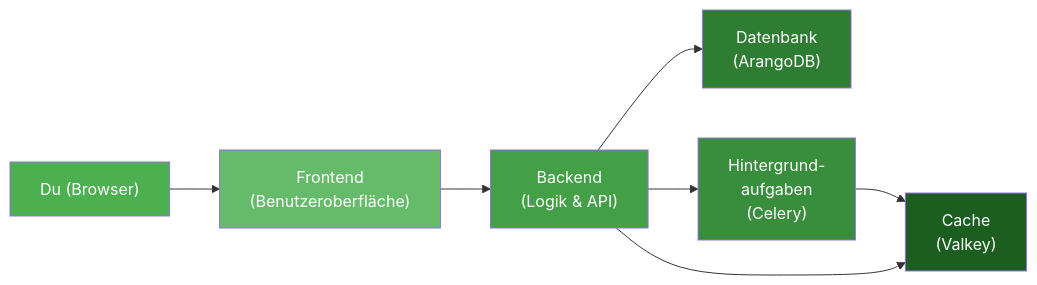
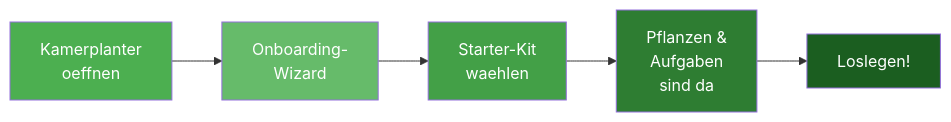
The diagram in docs/de/getting-started/index.md (nolte/kamerplanter), drawn with Mermaid before and after one commit. The commit also changed other lines of this file and 171 other files, not shown here.

First line of the commit message:
feat: workflow phase editing, PhaseSequence integration, docs restructure

````diff
--- a/docs/de/getting-started/index.md
+++ b/docs/de/getting-started/index.md
@@ -25,16 +31,13 @@
 ```mermaid
 graph LR
-    A["Du (Browser)"] --> B["Frontend\n(Benutzeroberfläche)"]
-    B --> C["Backend\n(Logik & API)"]
-    C --> D["Datenbank\n(ArangoDB)"]
-    C --> E["Hintergrund-\naufgaben\n(Celery)"]
-    E --> F["Cache\n(Valkey)"]
-    C --> F
+    A["Kamerplanter<br>oeffnen"] --> B["Onboarding-<br>Wizard"]
+    B --> C["Starter-Kit<br>waehlen"]
+    C --> D["Pflanzen &<br>Aufgaben<br>sind da"]
+    D --> E["Loslegen!"]
 
     style A fill:#4CAF50,color:#fff
     style B fill:#66BB6A,color:#fff
     style C fill:#43A047,color:#fff
     style D fill:#2E7D32,color:#fff
-    style E fill:#388E3C,color:#fff
-    style F fill:#1B5E20,color:#fff
+    style E fill:#1B5E20,color:#fff
 ```
````
